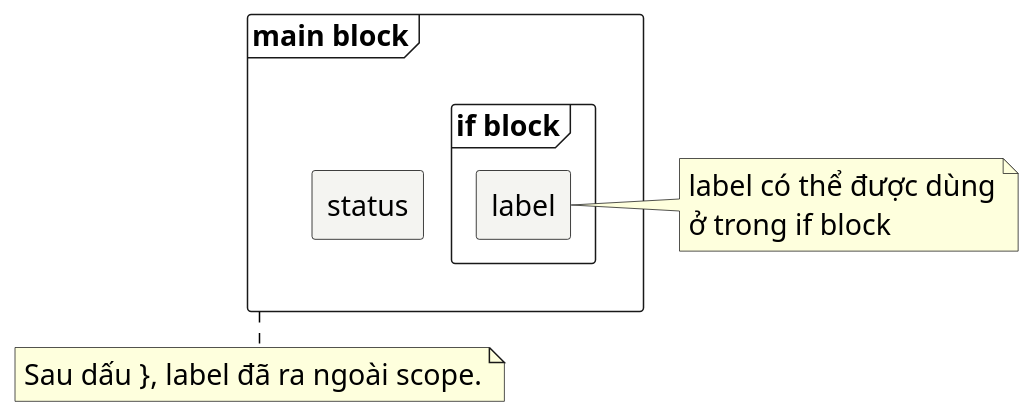
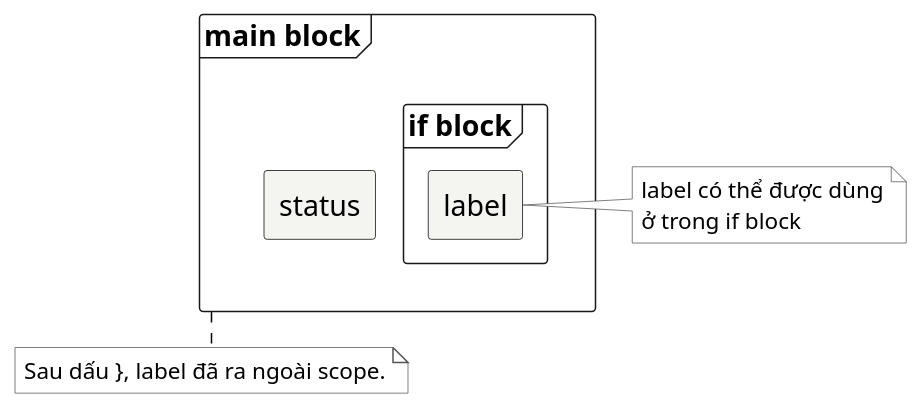
One commit to Minhlike/Golang changed the diagram in assets/diagrams/go-scope-trace.puml. Above: the diagram before and after it, drawn with PlantUML. The commit also changed 23 other files, not shown here.

```diff
--- a/assets/diagrams/go-scope-trace.puml
+++ b/assets/diagrams/go-scope-trace.puml
@@ -1,27 +1,34 @@
 @startuml
 skinparam backgroundColor white
 skinparam shadowing false
 skinparam defaultFontName "Source Sans 3"
 skinparam defaultFontSize 19
 skinparam defaultFontColor #000000
 skinparam rectangle {
   BackgroundColor #F4F4F1
   BorderColor #000000
   FontColor #000000
   RoundCorner 4
 }
 skinparam arrowColor #000000
+skinparam note {
+  BackgroundColor #FFFFFF
+  BorderColor #555555
+  FontColor #000000
+  FontName "Source Sans 3"
+  FontSize 15
+}
 frame "main block" as main {
   rectangle "status" as status
   frame "if block" as ifblock {
     rectangle "label" as label
   }
 }
 note right of label
   label có thể được dùng
   ở trong if block
 end note
 note bottom of main
   Sau dấu }, label đã ra ngoài scope.
 end note
 @enduml
```
